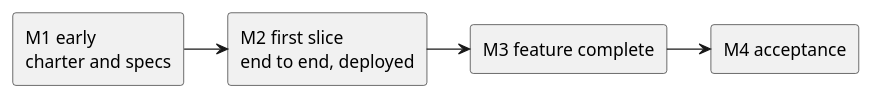
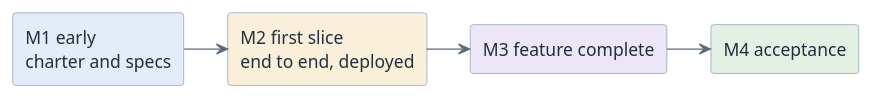
Before and after one commit to htl-leonding-college/curriculum-syp3: the first of 2 diagrams in modules/governance-milestones/questions.adoc, drawn with PlantUML. The commit also changed other lines of this file and 65 other files, not shown here.

First line of the commit message:
feat(site): give the diagrams a semantic pastel palette

```diff
--- a/modules/governance-milestones/questions.adoc
+++ b/modules/governance-milestones/questions.adoc
@@ -98,14 +98,17 @@
 [plantuml,q-milestone-placement,svg]
 ----
 @startuml
-skinparam monochrome true
+<style>
+element { BackgroundColor #EDF3FA; LineColor #7C93AD; FontColor #21303F }
+arrow { LineColor #5A6B7D; FontColor #21303F }
+</style>
 skinparam shadowing false
-rectangle "M1 early\ncharter and specs" as M1
-rectangle "M2 first slice\nend to end, deployed" as M2
-rectangle "M3 feature complete" as M3
-rectangle "M4 acceptance" as M4
+rectangle "M1 early\ncharter and specs" as M1 #E3ECF8
+rectangle "M2 first slice\nend to end, deployed" as M2 #FAF0D9
+rectangle "M3 feature complete" as M3 #ECE6F7
+rectangle "M4 acceptance" as M4 #E4F0E4
 M1 -right-> M2
 M2 -right-> M3
 M3 -right-> M4
 @enduml
 ----
```
